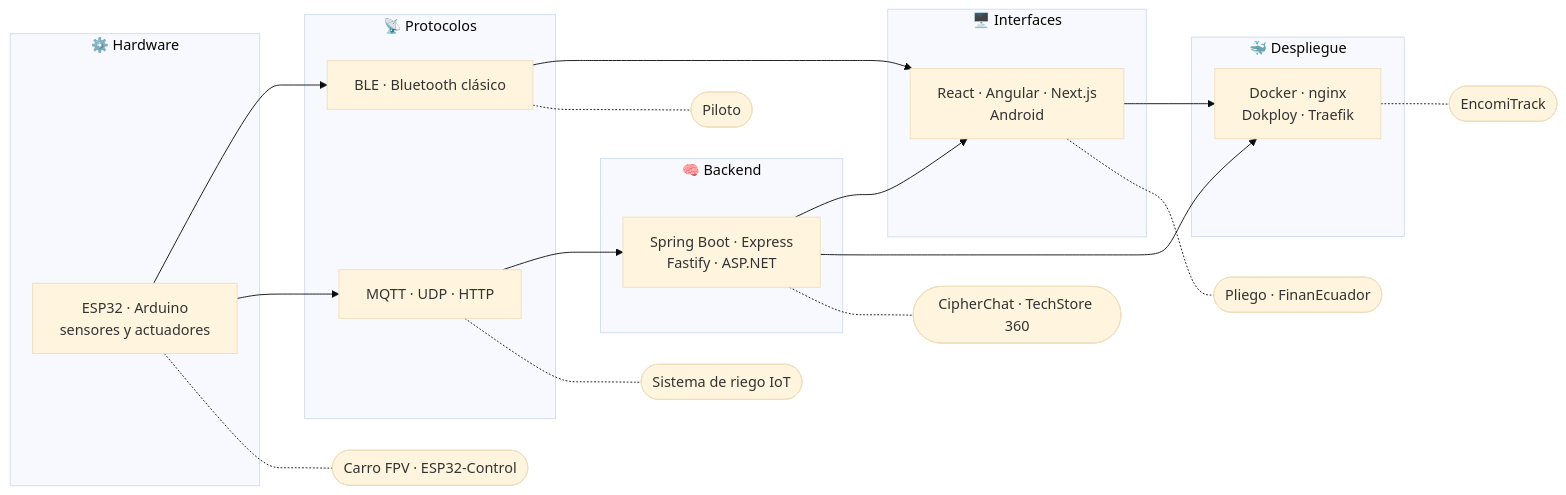
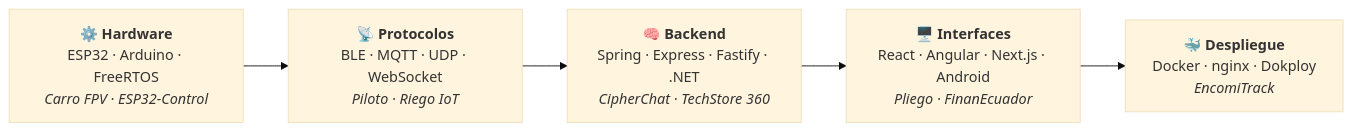
Before and after one commit to Jostero32/Jostero32: the diagram in README.md, drawn with Mermaid (base theme). The commit also changed other lines of this file and 1 other file, not shown here.

Commit message:
Etiquetas de tecnología con <code>, diagrama más legible y portada horizontal de Piloto

````diff
--- a/README.md
+++ b/README.md
@@ -27,31 +27,9 @@
 ```mermaid
 flowchart LR
-    subgraph HW["⚙️ Hardware"]
-        H1["ESP32 · Arduino<br/>sensores y actuadores"]
-    end
-    subgraph PR["📡 Protocolos"]
-        P1["BLE · Bluetooth clásico"]
-        P2["MQTT · UDP · HTTP"]
-    end
-    subgraph BE["🧠 Backend"]
-        B1["Spring Boot · Express<br/>Fastify · ASP.NET"]
-    end
-    subgraph FE["🖥️ Interfaces"]
-        F1["React · Angular · Next.js<br/>Android"]
-    end
-    subgraph OPS["🐳 Despliegue"]
-        O1["Docker · nginx<br/>Dokploy · Traefik"]
-    end
-    H1 --> P1 & P2
-    P1 --> F1
-    P2 --> B1 --> F1
-    B1 --> O1
-    F1 --> O1
-
-    H1 -.- X1(["Carro FPV · ESP32-Control"])
-    P1 -.- X2(["Piloto"])
-    P2 -.- X3(["Sistema de riego IoT"])
-    B1 -.- X4(["CipherChat · TechStore 360"])
-    F1 -.- X5(["Pliego · FinanEcuador"])
-    O1 -.- X6(["EncomiTrack"])
+    H["⚙️ <b>Hardware</b><br/>ESP32 · Arduino · FreeRTOS<br/><i>Carro FPV · ESP32-Control</i>"]
+    P["📡 <b>Protocolos</b><br/>BLE · MQTT · UDP · WebSocket<br/><i>Piloto · Riego IoT</i>"]
+    B["🧠 <b>Backend</b><br/>Spring · Express · Fastify · .NET<br/><i>CipherChat · TechStore 360</i>"]
+    F["🖥️ <b>Interfaces</b><br/>React · Angular · Next.js · Android<br/><i>Pliego · FinanEcuador</i>"]
+    D["🐳 <b>Despliegue</b><br/>Docker · nginx · Dokploy<br/><i>EncomiTrack</i>"]
+    H --> P --> B --> F --> D
 ```
````
